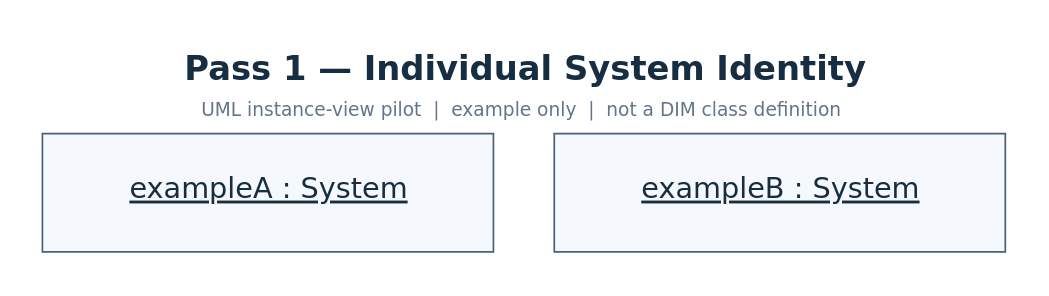
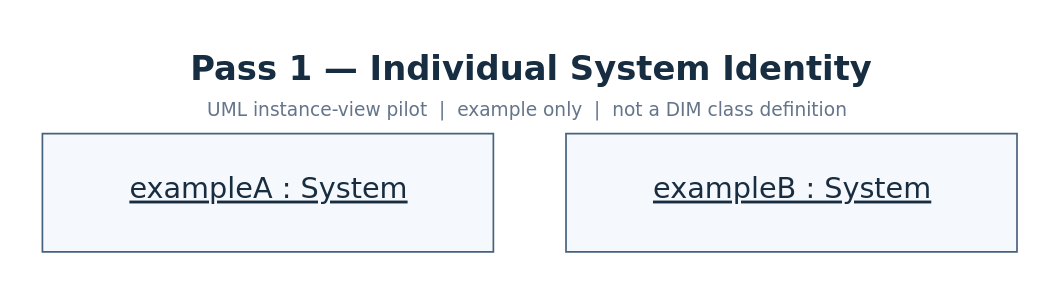
Before and after one commit to OS4CSAPI/glaux-client: the diagram in Docs/Research/DIM_Profile_V2/Visualization/source/Pass1_Individual_System_Instances.dot, drawn with Graphviz.

Commit message:
Remove hidden layout edge from instance-view source

```diff
--- a/Docs/Research/DIM_Profile_V2/Visualization/source/Pass1_Individual_System_Instances.dot
+++ b/Docs/Research/DIM_Profile_V2/Visualization/source/Pass1_Individual_System_Instances.dot
@@ -1,27 +1,26 @@
 // Pass 1 individual System identity — controlled UML instance-view pilot
 // View: UML-style object/instance view (informative, not normative)
 // Question: Can two particular Systems be illustrated as separate instances without defining a new V2 class?
 // Layer: DIM concept interpretation; no CSAPI-binding properties shown
 // Status: EXAMPLE / CANDIDATE; source anchor: Pass 1 concept note (26 October 2026)
 // Graphviz source used as a fallback because PlantUML is unavailable locally.
 // Graphviz HTML labels use <U> to implement the UML underlined "name : Classifier" convention.
 digraph G {
   graph [
-    fontname="DejaVu Sans", bgcolor="white", rankdir=LR,
+    fontname="DejaVu Sans", bgcolor="white", rankdir=TB,
     pad="0.25", margin=0.12, nodesep=0.6, ranksep=0.5,
     labelloc=t, labeljust=c,
     label=<<TABLE BORDER="0" CELLBORDER="0" CELLSPACING="0" CELLPADDING="3">
       <TR><TD><FONT POINT-SIZE="20" COLOR="#172d42"><B>Pass 1 — Individual System Identity</B></FONT></TD></TR>
       <TR><TD><FONT POINT-SIZE="11" COLOR="#64748b">UML instance-view pilot  |  example only  |  not a DIM class definition</FONT></TD></TR>
     </TABLE>>
   ];
   node [fontname="DejaVu Sans", shape=plain];
-  edge [style=invis];
   instance_a [label=<<TABLE BORDER="1" COLOR="#46617d" BGCOLOR="#f5f8fc" CELLBORDER="0" CELLSPACING="0" CELLPADDING="13">
       <TR><TD WIDTH="265" HEIGHT="68" ALIGN="CENTER"><FONT POINT-SIZE="17" COLOR="#182d40"><U>exampleA : System</U></FONT></TD></TR>
     </TABLE>>];
   instance_b [label=<<TABLE BORDER="1" COLOR="#46617d" BGCOLOR="#f5f8fc" CELLBORDER="0" CELLSPACING="0" CELLPADDING="13">
       <TR><TD WIDTH="265" HEIGHT="68" ALIGN="CENTER"><FONT POINT-SIZE="17" COLOR="#182d40"><U>exampleB : System</U></FONT></TD></TR>
     </TABLE>>];
-  instance_a -> instance_b [minlen=1];
+  { rank=same; instance_a; instance_b; }
 }
```
